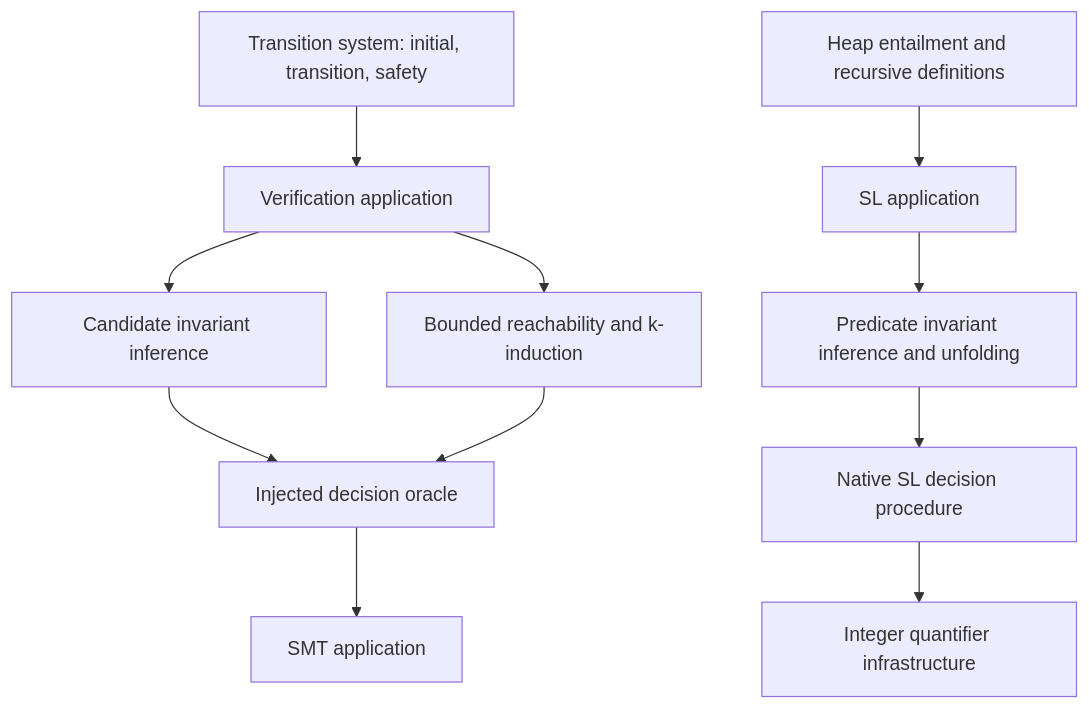
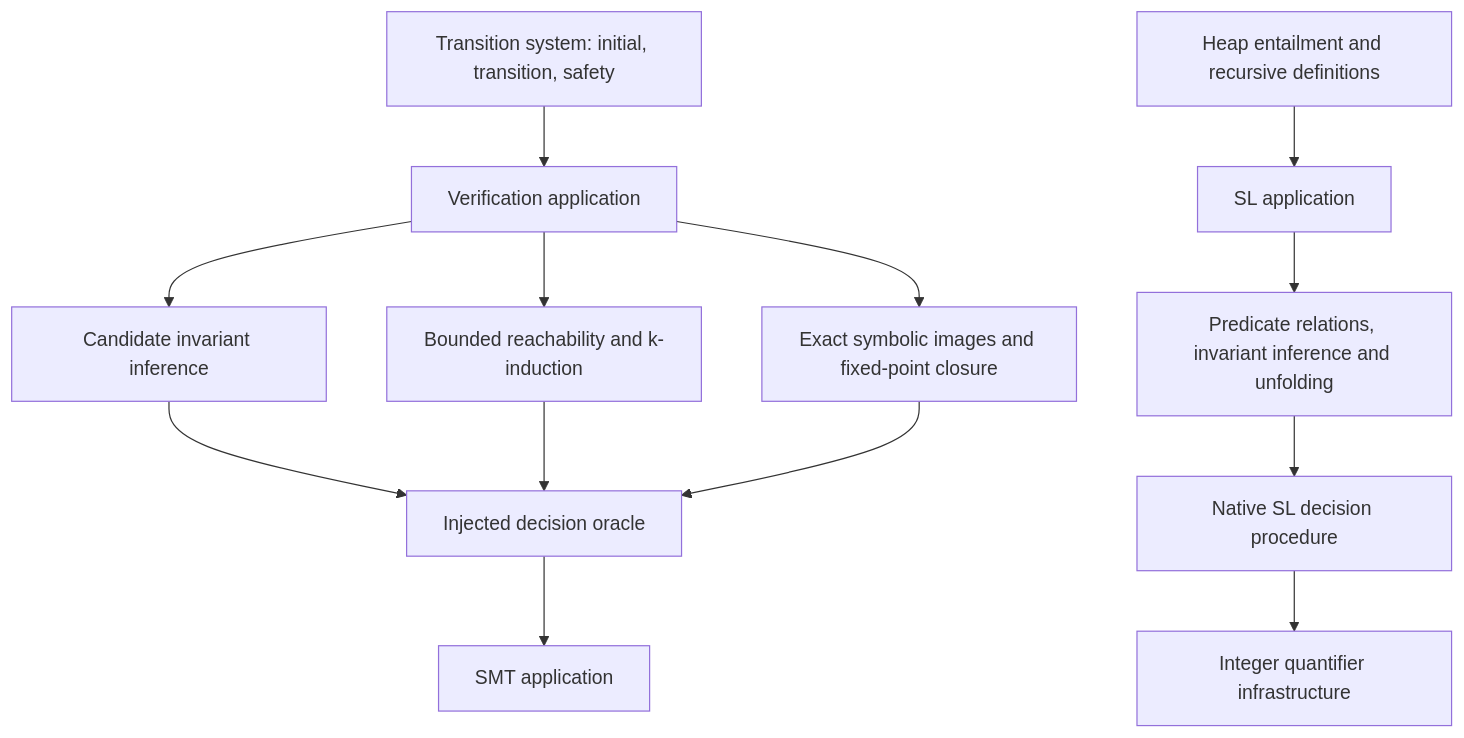
Before and after one commit to fuqi-jia/Xolver: the diagram in src/applications/sv/README.md, drawn with Mermaid. The commit also changed other lines of this file and 20 other files, not shown here.

````diff
--- a/src/applications/sv/README.md
+++ b/src/applications/sv/README.md
@@ -14,13 +14,15 @@
 ```mermaid
 flowchart TD
   T[Transition system: initial, transition, safety] --> V[Verification application]
   V --> H[Candidate invariant inference]
   V --> B[Bounded reachability and k-induction]
+  V --> R[Exact symbolic images and fixed-point closure]
   H --> O[Injected decision oracle]
   B --> O
+  R --> O
   O --> S[SMT application]
   E[Heap entailment and recursive definitions] --> L[SL application]
-  L --> I[Predicate invariant inference and unfolding]
+  L --> I[Predicate relations, invariant inference and unfolding]
   I --> N[Native SL decision procedure]
   N --> P[Integer quantifier infrastructure]
 ```
````
